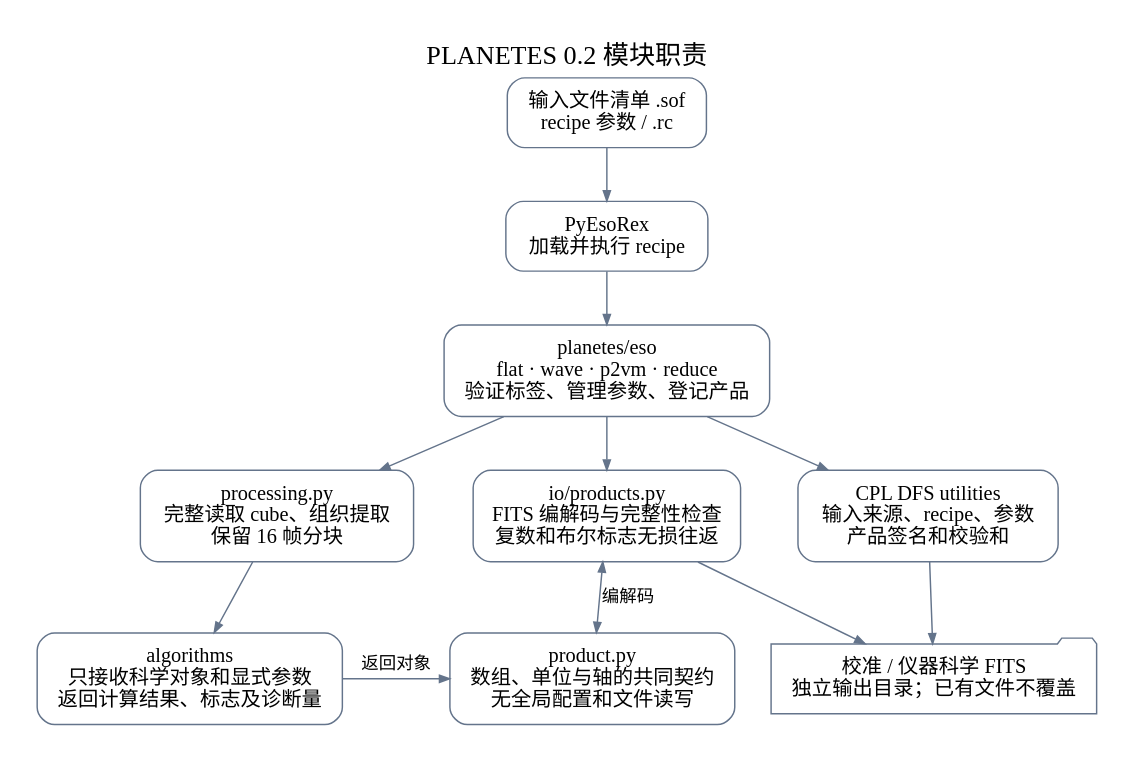
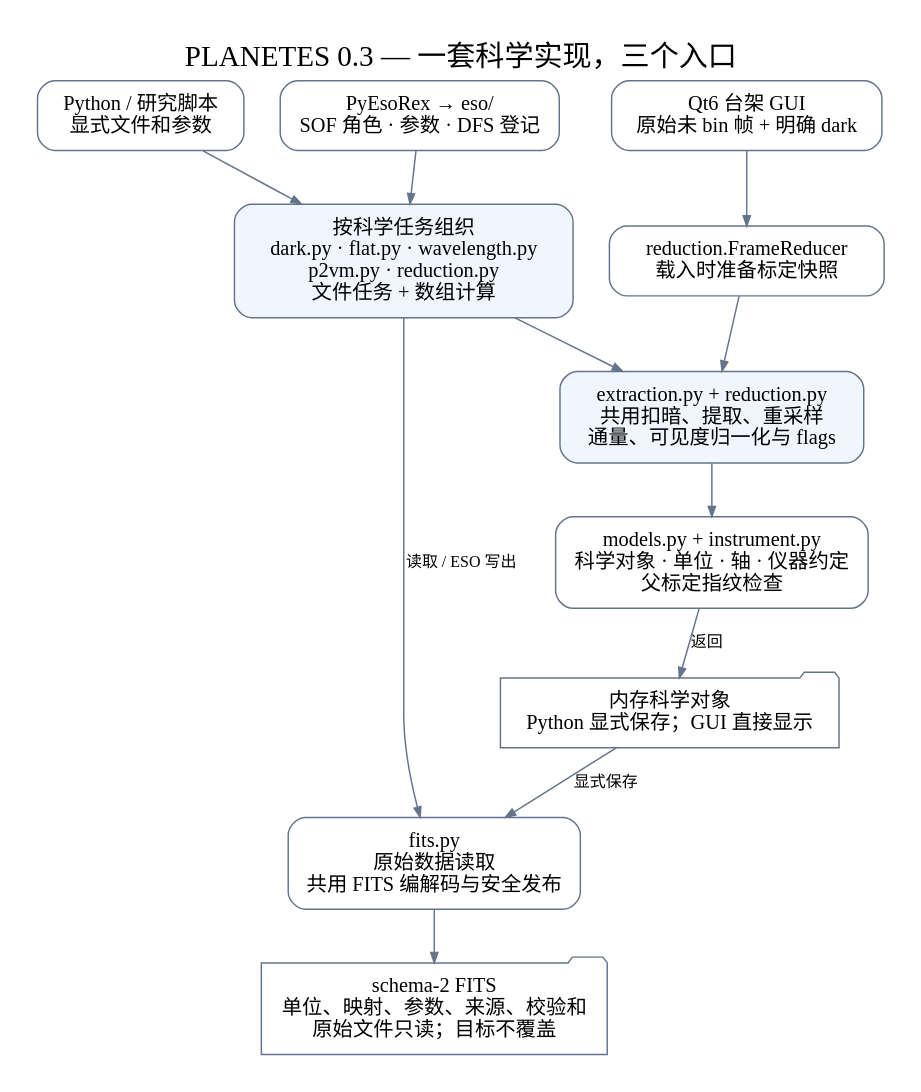
The diagram in docs/architecture.dot (zexwu/planetes_pipe), drawn with Graphviz before and after one commit. The commit also changed 62 other files, not shown here.

Commit message:
Validate shared GUI core and document the schema-2 release

```diff
--- a/docs/architecture.dot
+++ b/docs/architecture.dot
@@ -1,24 +1,26 @@
 digraph Architecture {
-  graph [rankdir=TB, bgcolor="white", pad=0.25, nodesep=0.35, ranksep=0.5, fontname="PingFang SC", fontsize=18, label="PLANETES 0.2 模块职责", labelloc=t];
+  graph [rankdir=TB, bgcolor="white", pad=0.25, nodesep=0.35, ranksep=0.5, fontname="PingFang SC", fontsize=20, label="PLANETES 0.3 — 一套科学实现，三个入口", labelloc=t];
   node [shape=box, style="rounded", fontname="PingFang SC", fontsize=14, color="#64748b", margin="0.16,0.12"];
-  edge [fontname="PingFang SC", fontsize=12, color="#64748b", arrowsize=0.7];
-  sof [label="输入文件清单 .sof\nrecipe 参数 / .rc"];
-  runner [label="PyEsoRex\n加载并执行 recipe"];
-  recipes [label="planetes/eso\nflat · wave · p2vm · reduce\n验证标签、管理参数、登记产品"];
-  processing [label="processing.py\n完整读取 cube、组织提取\n保留 16 帧分块"];
-  algorithms [label="algorithms\n只接收科学对象和显式参数\n返回计算结果、标志及诊断量"];
-  models [label="product.py\n数组、单位与轴的共同契约\n无全局配置和文件读写"];
-  io [label="io/products.py\nFITS 编解码与完整性检查\n复数和布尔标志无损往返"];
-  dfs [label="CPL DFS utilities\n输入来源、recipe、参数\n产品签名和校验和"];
-  files [label="校准 / 仪器科学 FITS\n独立输出目录；已有文件不覆盖", shape=folder];
-  sof -> runner -> recipes;
-  recipes -> processing -> algorithms;
-  recipes -> io;
-  recipes -> dfs;
-  algorithms -> models [label="返回对象"];
-  io -> models [dir=both, label="编解码"];
-  io -> files;
-  dfs -> files;
-  {rank=same; processing; io; dfs;}
-  {rank=same; algorithms; models;}
+  edge [fontname="PingFang SC", fontsize=11, color="#64748b", arrowsize=0.7];
+  python [label="Python / 研究脚本\n显式文件和参数"];
+  eso [label="PyEsoRex → eso/\nSOF 角色 · 参数 · DFS 登记"];
+  gui [label="Qt6 台架 GUI\n原始未 bin 帧 + 明确 dark"];
+  tasks [label="按科学任务组织\ndark.py · flat.py · wavelength.py\np2vm.py · reduction.py\n文件任务 + 数组计算", style="rounded,filled", fillcolor="#eff6ff"];
+  live [label="reduction.FrameReducer\n载入时准备标定快照"];
+  kernels [label="extraction.py + reduction.py\n共用扣暗、提取、重采样\n通量、可见度归一化与 flags", style="rounded,filled", fillcolor="#eff6ff"];
+  models [label="models.py + instrument.py\n科学对象 · 单位 · 轴 · 仪器约定\n父标定指纹检查"];
+  fits [label="fits.py\n原始数据读取\n共用 FITS 编解码与安全发布"];
+  memory [label="内存科学对象\nPython 显式保存；GUI 直接显示", shape=folder];
+  disk [label="schema-2 FITS\n单位、映射、参数、来源、校验和\n原始文件只读；目标不覆盖", shape=folder];
+  {rank=same; python; eso; gui;}
+  python -> tasks;
+  eso -> tasks;
+  gui -> live;
+  tasks -> kernels;
+  live -> kernels;
+  tasks -> fits [label="读取 / ESO 写出"];
+  kernels -> models;
+  models -> memory [label="返回"];
+  memory -> fits [label="显式保存"];
+  fits -> disk;
 }
```
